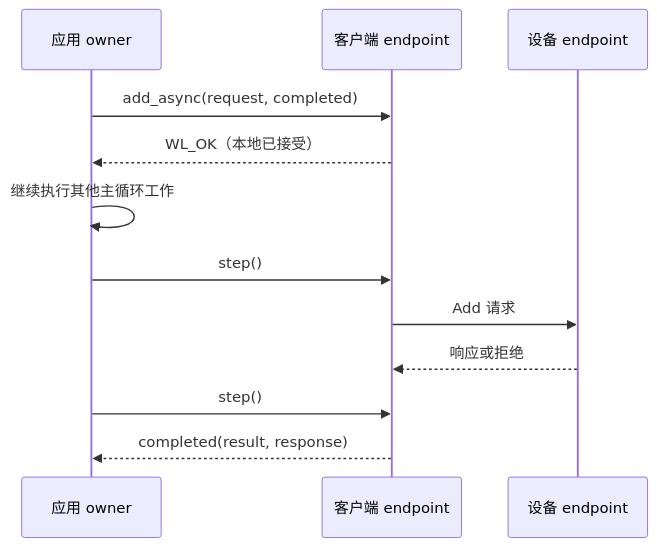
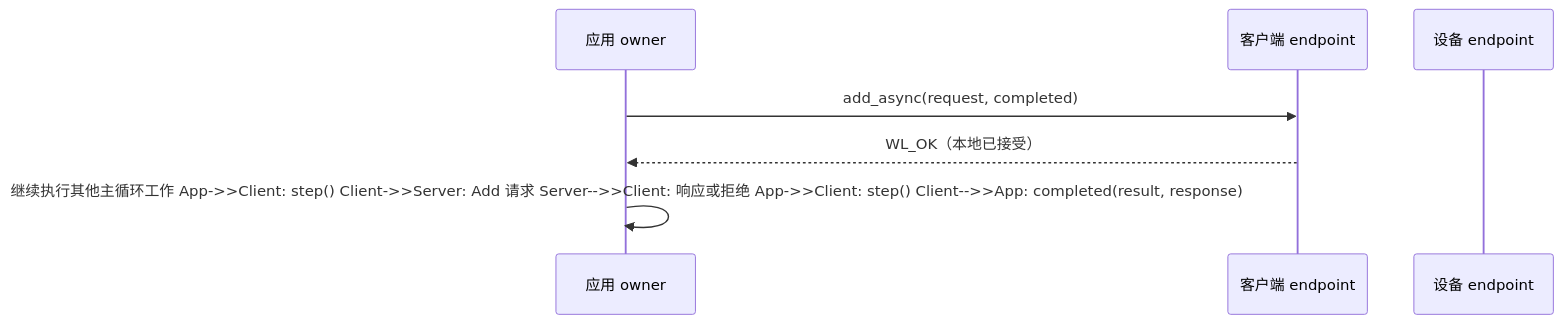
The diagram in site/src/content/docs/zh-cn/learn/async-rpc.mdx (starwey604/wirelink), drawn with Mermaid before and after one commit. The commit also changed other lines of this file and 25 other files, not shown here.

````diff
--- a/site/src/content/docs/zh-cn/learn/async-rpc.mdx
+++ b/site/src/content/docs/zh-cn/learn/async-rpc.mdx
@@ -64,17 +60,12 @@
 ```mermaid
 sequenceDiagram
   accTitle: 异步 RPC 生命周期
   accDescr: 本地提交先返回，应用随后推进 endpoint，最后从完成回调取得 RPC 结果。
   participant App as 应用 owner
   participant Client as 客户端 endpoint
   participant Server as 设备 endpoint
 
   App->>Client: add_async(request, completed)
   Client-->>App: WL_OK（本地已接受）
-  App->>App: 继续执行其他主循环工作
-  App->>Client: step()
-  Client->>Server: Add 请求
-  Server-->>Client: 响应或拒绝
-  App->>Client: step()
-  Client-->>App: completed(result, response)
+App->>App: 继续执行其他主循环工作 App->>Client: step() Client->>Server: Add 请求 Server-->>Client: 响应或拒绝 App->>Client: step() Client-->>App: completed(result, response)
 ```
````
